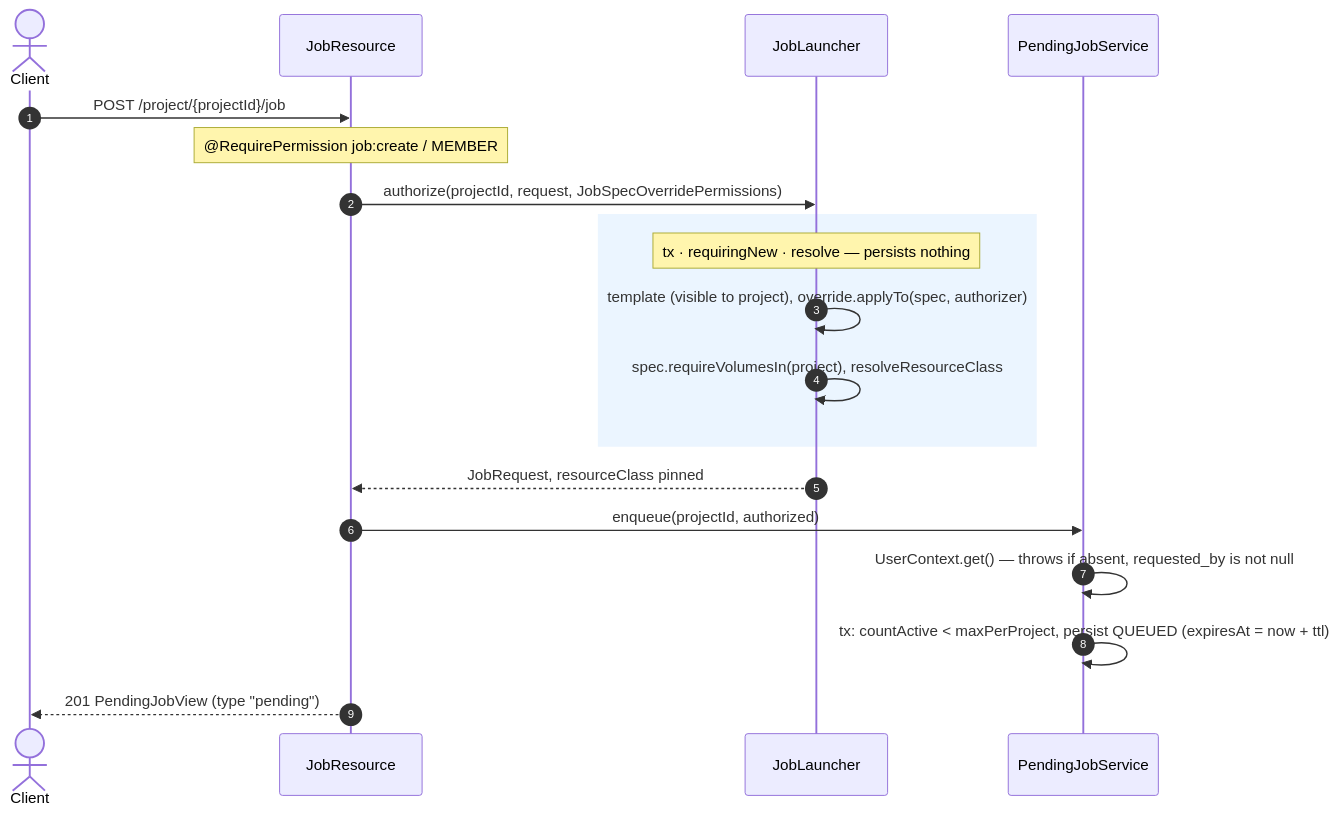
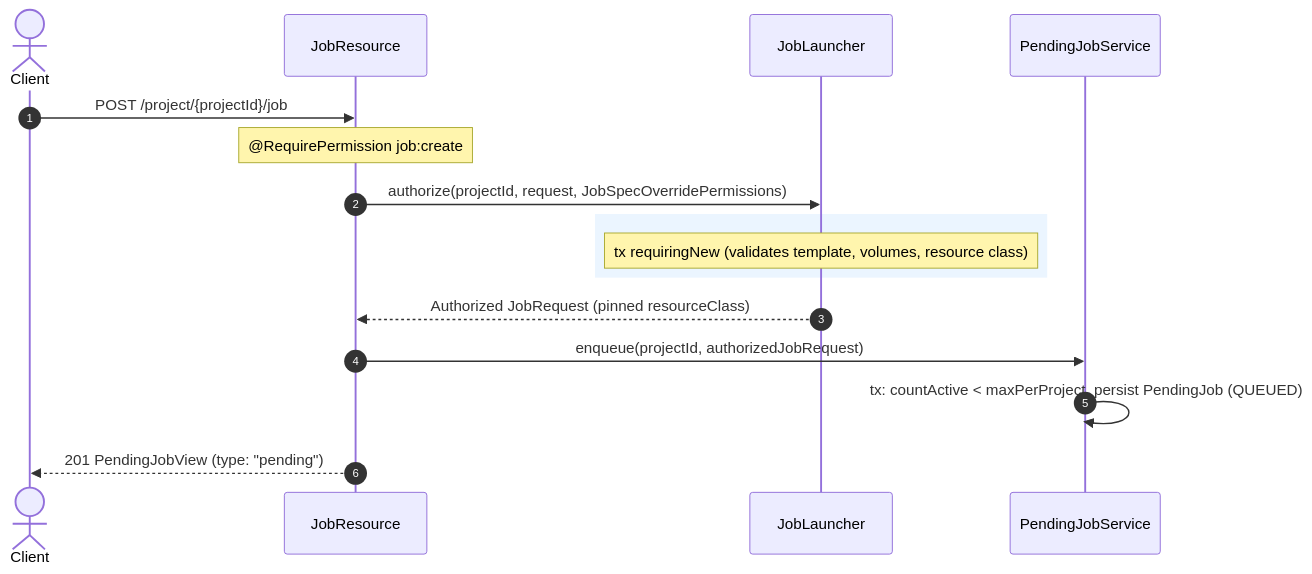
The second of 3 diagrams in agent-docs/job-lifecycle.md (iceBear67/prts-central), drawn with Mermaid before and after one commit. The commit also changed other lines of this file and 53 other files, not shown here.

````diff
--- a/agent-docs/job-lifecycle.md
+++ b/agent-docs/job-lifecycle.md
@@ -94,22 +48,19 @@
 ```mermaid
 sequenceDiagram
     autonumber
     actor C as Client
     participant R as JobResource
     participant L as JobLauncher
     participant P as PendingJobService
 
     C->>R: POST /project/{projectId}/job
-    Note over R: @RequirePermission job:create / MEMBER
+    Note over R: @RequirePermission job:create
     R->>L: authorize(projectId, request, JobSpecOverridePermissions)
     rect rgb(235, 245, 255)
-        Note over L: tx · requiringNew · resolve — persists nothing
-        L->>L: template (visible to project), override.applyTo(spec, authorizer)
-        L->>L: spec.requireVolumesIn(project), resolveResourceClass
+        Note over L: tx requiringNew (validates template, volumes, resource class)
     end
-    L-->>R: JobRequest, resourceClass pinned
-    R->>P: enqueue(projectId, authorized)
-    P->>P: UserContext.get() — throws if absent, requested_by is not null
-    P->>P: tx: countActive < maxPerProject, persist QUEUED (expiresAt = now + ttl)
-    R-->>C: 201 PendingJobView (type "pending")
+    L-->>R: Authorized JobRequest (pinned resourceClass)
+    R->>P: enqueue(projectId, authorizedJobRequest)
+    P->>P: tx: countActive < maxPerProject, persist PendingJob (QUEUED)
+    R-->>C: 201 PendingJobView (type: "pending")
 ```
````
